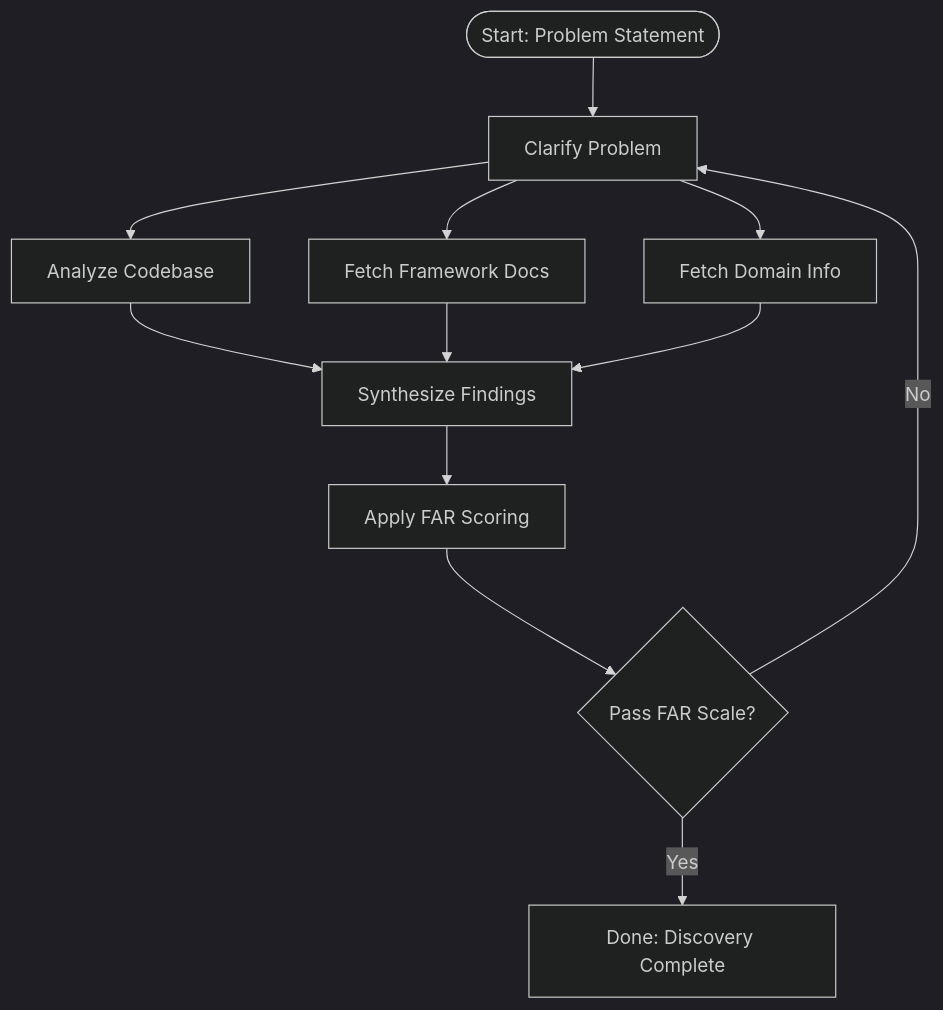
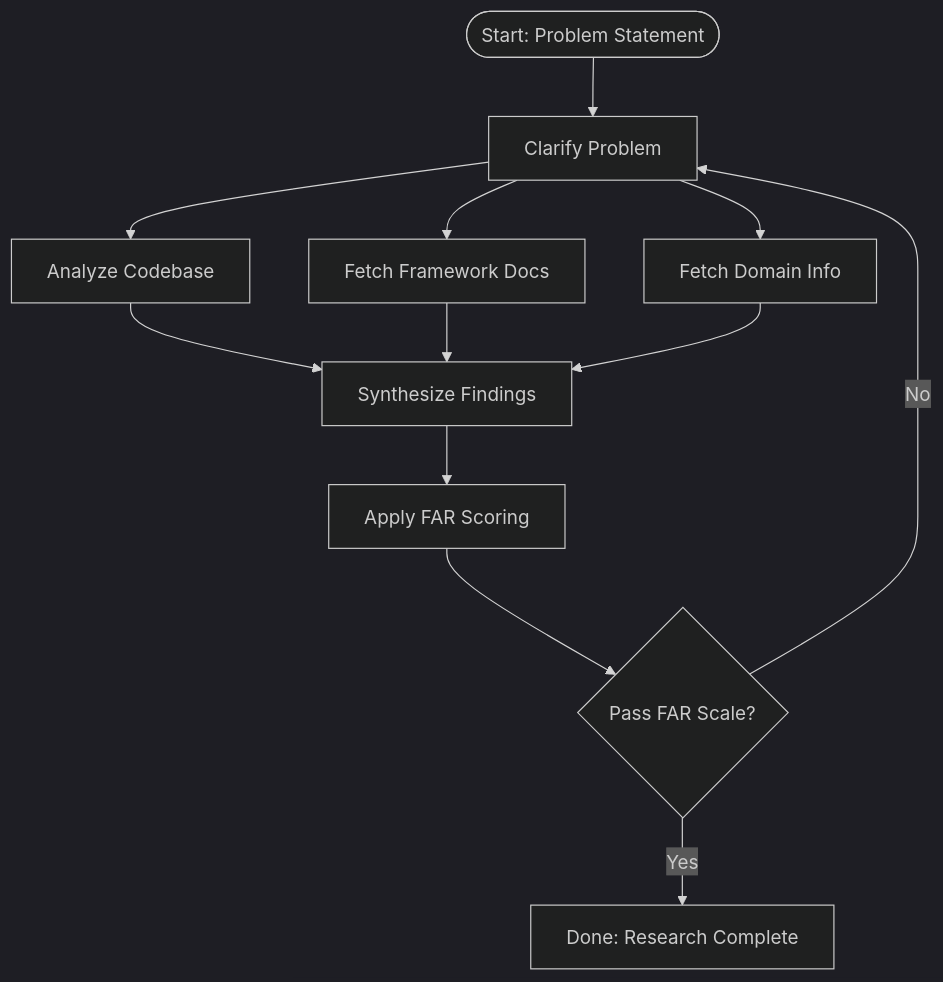
Before and after one commit to patrob/3d-strategy: the second of 2 diagrams in docs/phases/Discovery.md, drawn with Mermaid (dark theme). The commit also changed other lines of this file and 7 other files, not shown here.

````diff
--- a/docs/phases/Discovery.md
+++ b/docs/phases/Discovery.md
@@ -126,14 +126,14 @@
 ```mermaid
 flowchart TD
   A([Start: Problem Statement]) --> B[Clarify Problem]
   B --> C[Analyze Codebase]
   B --> D[Fetch Framework Docs]
   B --> E[Fetch Domain Info]
   C --> F[Synthesize Findings]
   D --> F
   E --> F
   F --> G[Apply FAR Scoring]
   G --> H{Pass FAR Scale?}
   H -- No --> B
-  H -- Yes --> I[Done: Discovery Complete]
+  H -- Yes --> I[Done: Research Complete]
 ```
````
